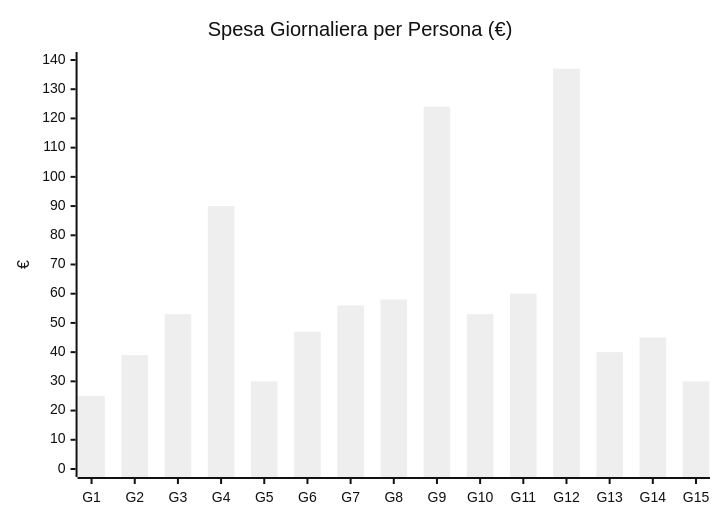
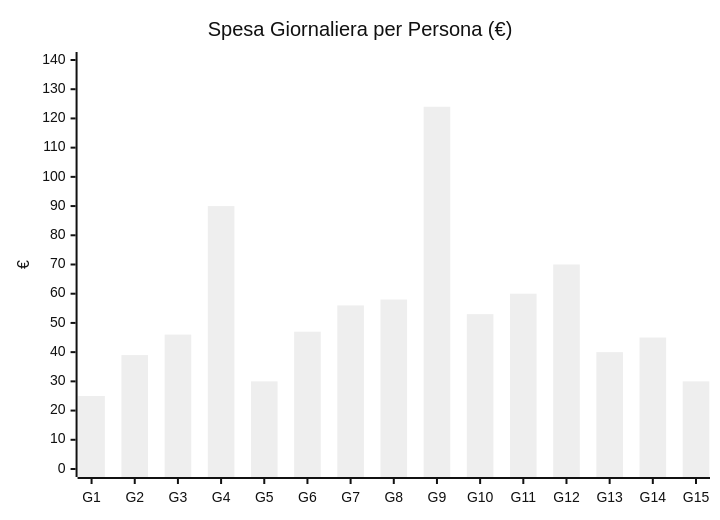
One commit to LorenzoPolito/Travel-Vault changed the third of 3 diagrams in Itinerari/Japan/2026/Itinerario-Giappone-23ott-6nov2026.md. Above: the diagram before and after it, drawn with Mermaid. The commit also changed other lines of this file and 14 other files, not shown here.

````diff
--- a/Itinerari/Japan/2026/Itinerario-Giappone-23ott-6nov2026.md
+++ b/Itinerari/Japan/2026/Itinerario-Giappone-23ott-6nov2026.md
@@ -124,11 +124,11 @@
 ```mermaid
 ---
 config:
   theme: neutral
 ---
 xychart-beta
     title "Spesa Giornaliera per Persona (€)"
     x-axis ["G1","G2","G3","G4","G5","G6","G7","G8","G9","G10","G11","G12","G13","G14","G15"]
     y-axis "€" 0 --> 140
-    bar [25,39,53,90,30,47,56,58,124,53,60,137,40,45,30]
+    bar [25,39,46,90,30,47,56,58,124,53,60,70,40,45,30]
 ```
````
